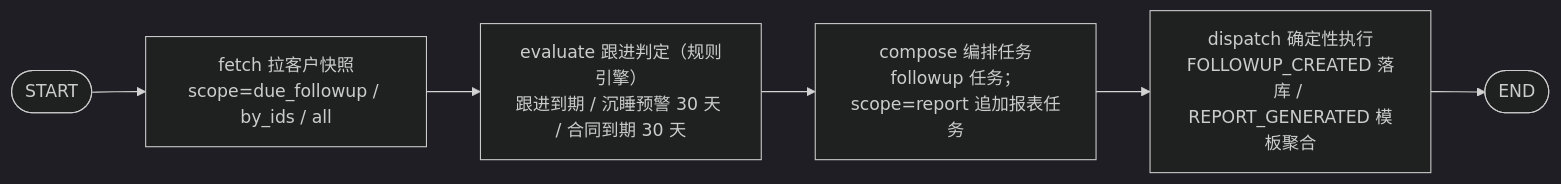
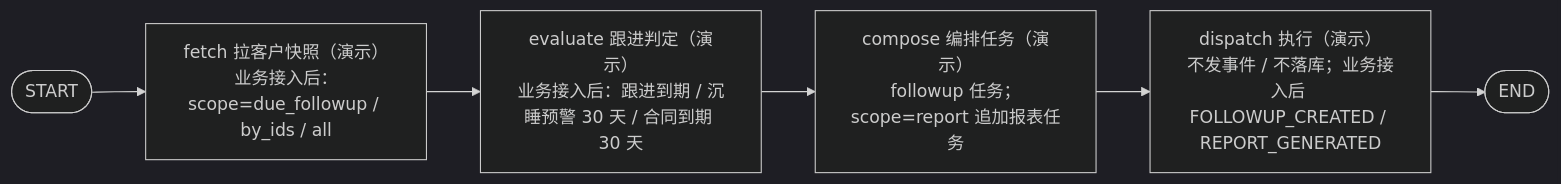
Before and after one commit to chain-engine/x-BeiChen: the fourth of 4 diagrams in server/README.md, drawn with Mermaid (dark theme). The commit also changed other lines of this file and 26 other files, not shown here.

````diff
--- a/server/README.md
+++ b/server/README.md
@@ -322,8 +322,8 @@
 ```mermaid
 flowchart LR
-    START([START]) --> FETCH["fetch 拉客户快照<br/>scope=due_followup / by_ids / all"]
-    FETCH --> EVAL["evaluate 跟进判定（规则引擎）<br/>跟进到期 / 沉睡预警 30 天 / 合同到期 30 天"]
-    EVAL --> COMPOSE["compose 编排任务<br/>followup 任务；scope=report 追加报表任务"]
-    COMPOSE --> DISPATCH["dispatch 确定性执行<br/>FOLLOWUP_CREATED 落库 / REPORT_GENERATED 模板聚合"]
+    START([START]) --> FETCH["fetch 拉客户快照（演示）<br/>业务接入后：scope=due_followup / by_ids / all"]
+    FETCH --> EVAL["evaluate 跟进判定（演示）<br/>业务接入后：跟进到期 / 沉睡预警 30 天 / 合同到期 30 天"]
+    EVAL --> COMPOSE["compose 编排任务（演示）<br/>followup 任务；scope=report 追加报表任务"]
+    COMPOSE --> DISPATCH["dispatch 执行（演示）<br/>不发事件 / 不落库；业务接入后 FOLLOWUP_CREATED / REPORT_GENERATED"]
     DISPATCH --> END([END])
 ```
````
